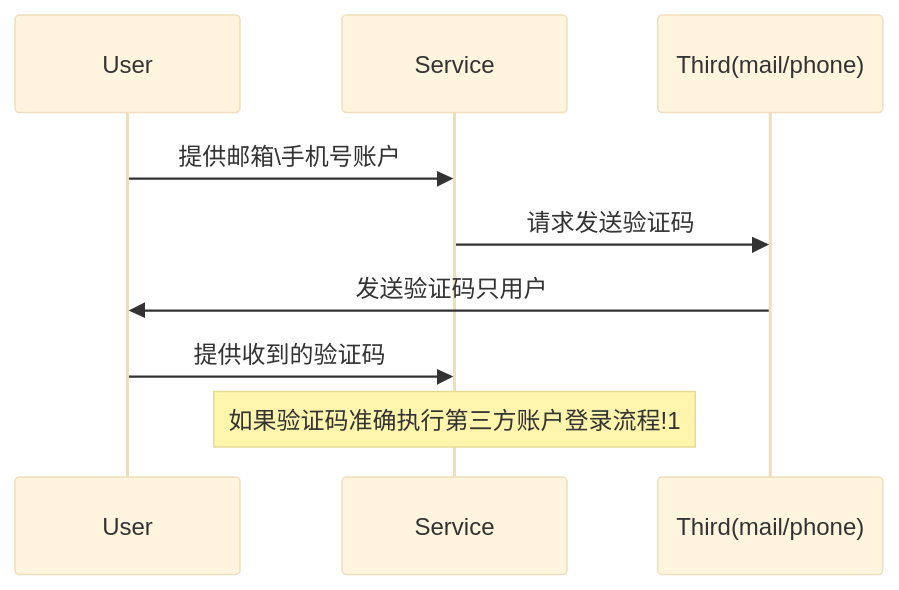
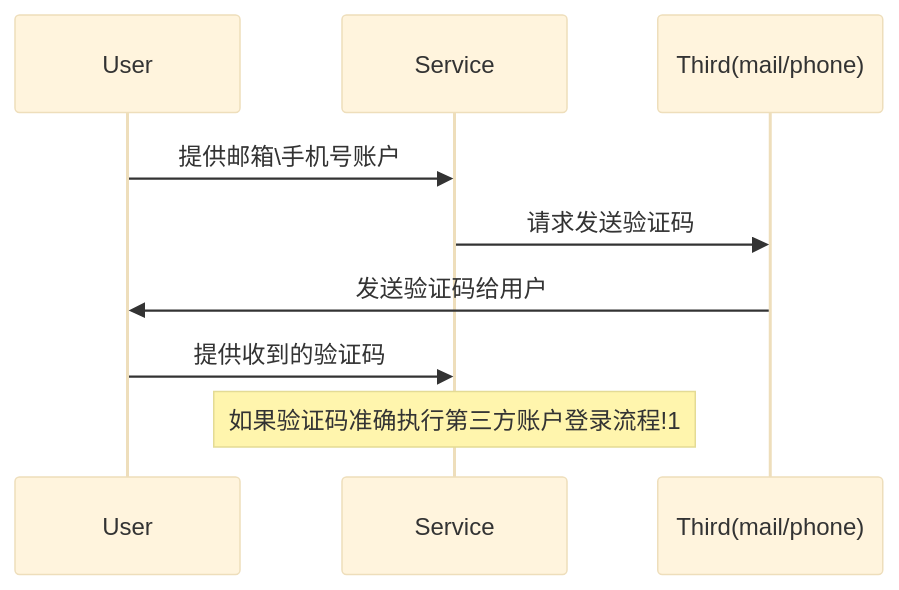
The third of 5 diagrams in zh-cn/README.md (authu/d-username), drawn with Mermaid (base theme) before and after one commit. The commit also changed other lines of this file and 2 other files, not shown here.

````diff
--- a/zh-cn/README.md
+++ b/zh-cn/README.md
@@ -43,11 +56,11 @@
 ```mermaid
 sequenceDiagram
     participant U as User
     participant S as Service
     participant T as Third(mail/phone)
     U->>S: 提供邮箱\手机号账户
     S->>T: 请求发送验证码
-    T->>U: 发送验证码只用户
+    T->>U: 发送验证码给用户
     U->>S: 提供收到的验证码
     Note over S: 如果验证码准确执行第三方账户登录流程!1
 ```
````
